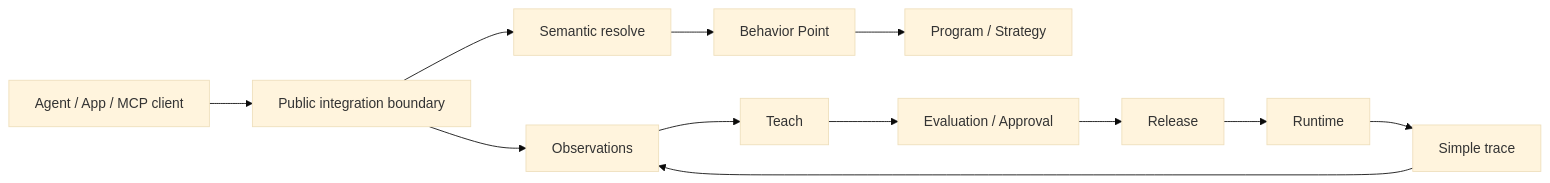
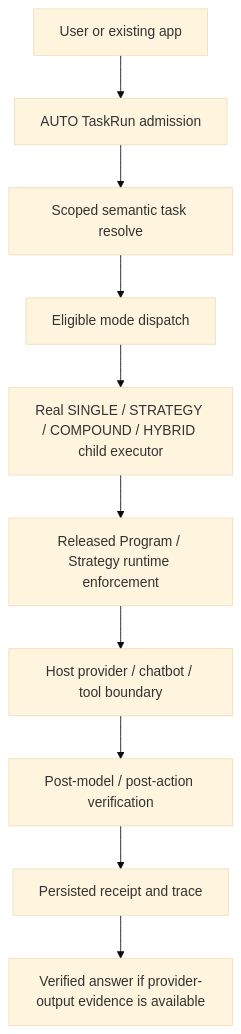
One commit to hrpering/tryvira changed the first of 2 diagrams in docs/architecture.md. Above: the diagram before and after it, drawn with Mermaid (base theme). The commit also changed other lines of this file and 45 other files, not shown here.

First line of the commit message:
docs: complete Vira feature coverage with Observe, Signals and runtime verification

````diff
--- a/docs/architecture.md
+++ b/docs/architecture.md
@@ -3,14 +7,12 @@
 ```mermaid
-flowchart LR
-    A[Agent / App / MCP client] --> B[Public integration boundary]
-    B --> C[Observations]
-    B --> D[Semantic resolve]
-    D --> E[Behavior Point]
-    E --> F[Program / Strategy]
-    C --> G[Teach]
-    G --> H[Evaluation / Approval]
-    H --> I[Release]
-    I --> J[Runtime]
-    J --> K[Simple trace]
-    K --> C
+flowchart TD
+  A[User or existing app] --> B[AUTO TaskRun admission]
+  B --> C[Scoped semantic task resolve]
+  C --> D[Eligible mode dispatch]
+  D --> E[Real SINGLE / STRATEGY / COMPOUND / HYBRID child executor]
+  E --> F[Released Program / Strategy runtime enforcement]
+  F --> G[Host provider / chatbot / tool boundary]
+  G --> H[Post-model / post-action verification]
+  H --> I[Persisted receipt and trace]
+  I --> J[Verified answer if provider-output evidence is available]
 ```
````
